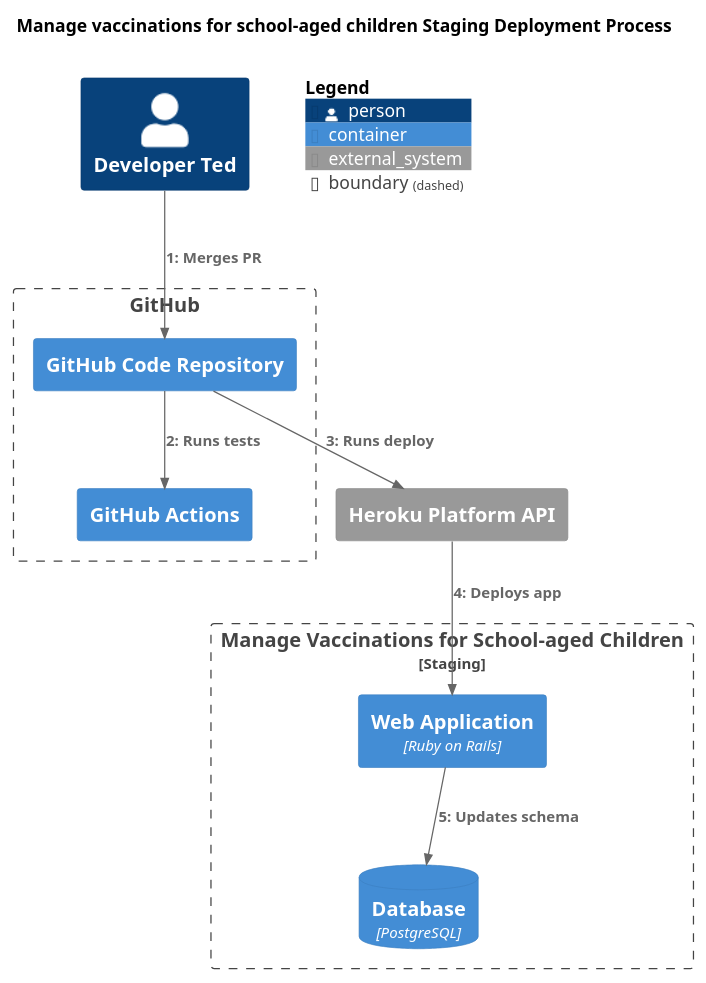
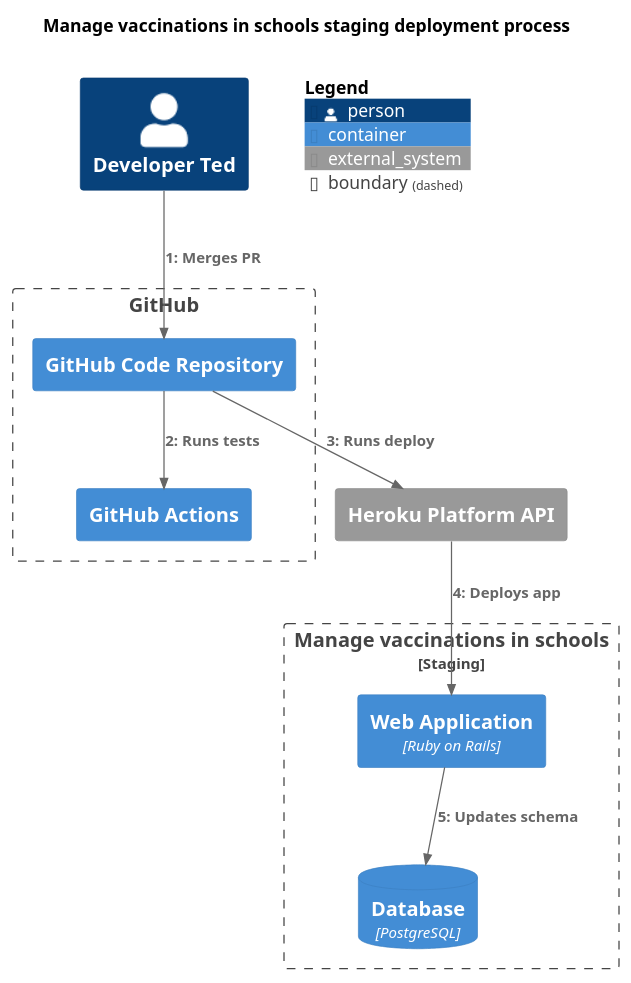
One commit to nhsuk/manage-vaccinations-in-schools changed the diagram in docs/diagrams/staging-deployment-process.puml. Above: the diagram before and after it, drawn with PlantUML. The commit also changed 20 other files, not shown here.

```diff
--- a/docs/diagrams/staging-deployment-process.puml
+++ b/docs/diagrams/staging-deployment-process.puml
@@ -1,28 +1,28 @@
 @startuml
 
 !include <C4/C4_Dynamic.puml>
 
-title "Manage vaccinations for school-aged children Staging Deployment Process"
+title "Manage vaccinations in schools staging deployment process"
 
 System_Ext(herokuAPI, "Heroku Platform API")
-Boundary(manage, "Manage Vaccinations for School-aged Children", "Staging") {
+Boundary(manage, "Manage vaccinations in schools", "Staging") {
   Container(serverStaging, "Web Application", "Ruby on Rails")
   ContainerDb(dbStaging, "Database", "PostgreSQL")
 }
 
 Person(devT, "Developer Ted")
 
 Boundary(github, "GitHub") {
     Container(repo, "GitHub Code Repository")
     Container(actions, "GitHub Actions")
 }
 
 Rel(devT, repo, "Merges PR")
 Rel(repo, actions, "Runs tests")
 Rel(repo, herokuAPI, "Runs deploy")
 Rel(herokuAPI, serverStaging, "Deploys app")
 Rel(serverStaging, dbStaging, "Updates schema")
 
 SHOW_FLOATING_LEGEND()
 
 @enduml
```
